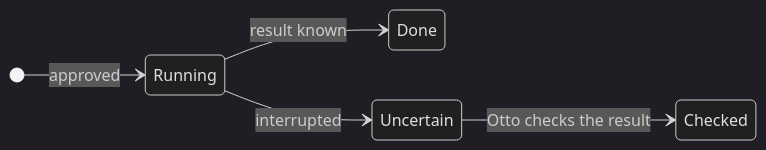
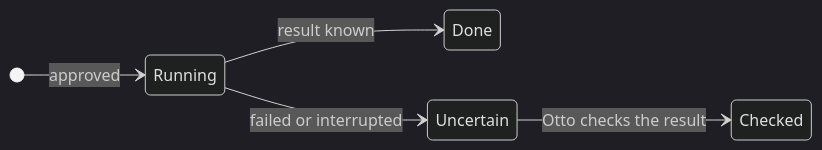
The diagram in docs/src/content/docs/deploy/troubleshooting.md (KrishBhimani/nod), drawn with Mermaid (dark theme) before and after one commit. The commit also changed other lines of this file and 14 other files, not shown here.

````diff
--- a/docs/src/content/docs/deploy/troubleshooting.md
+++ b/docs/src/content/docs/deploy/troubleshooting.md
@@ -120,8 +120,8 @@
 ```mermaid
 stateDiagram-v2
   direction LR
   [*] --> Running: approved
   Running --> Done: result known
-  Running --> Uncertain: interrupted
+  Running --> Uncertain: failed or interrupted
   Uncertain --> Checked: Otto checks the result
 ```
````
